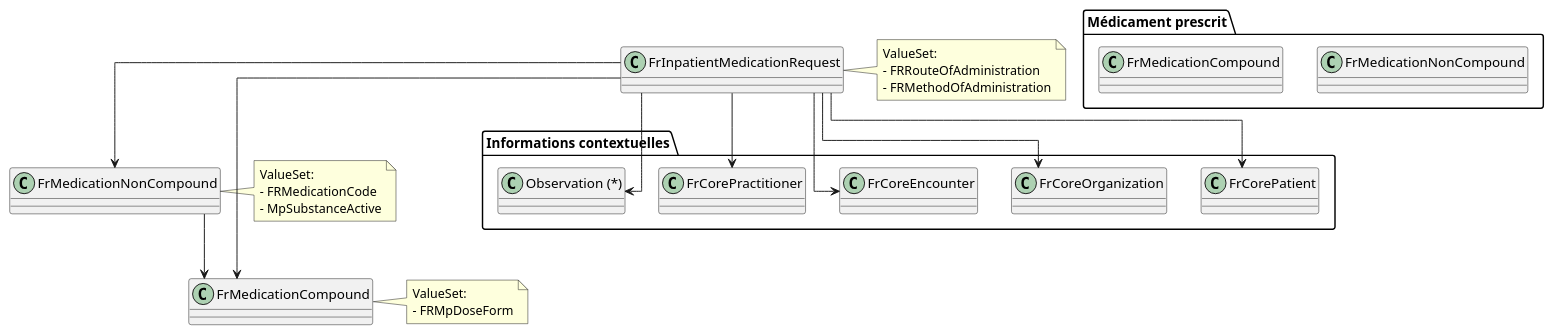
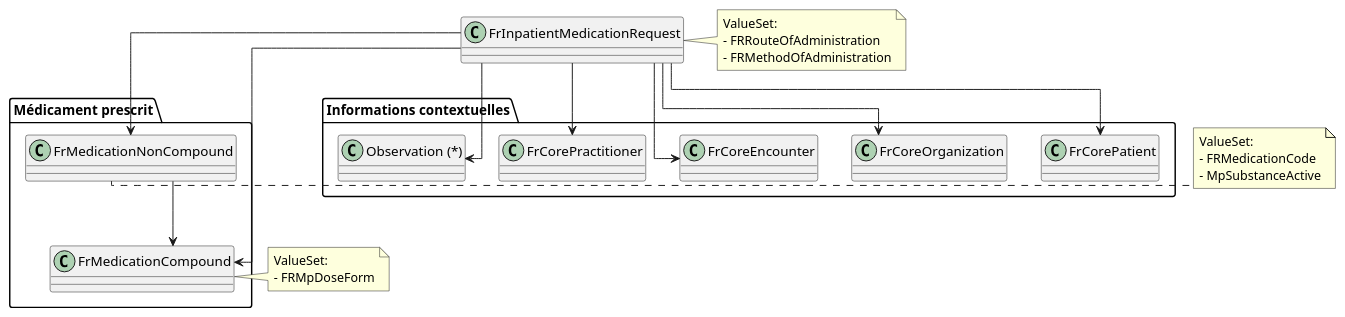
One commit to Interop-Sante/hl7.fhir.fr.medication changed the diagram in input/images-source/prescription.plantuml. Above: the diagram before and after it, drawn with PlantUML.

```diff
--- a/input/images-source/prescription.plantuml
+++ b/input/images-source/prescription.plantuml
@@ -1,59 +1,56 @@
 @startuml
 
 skinparam linetype ortho
 skinparam rectangle {
   BackgroundColor White
   BorderColor Black
 }
 
 ' Contexte
 package "Informations contextuelles" {
   class FrCorePatient [[https://hl7.fr/ig/fhir/core/StructureDefinition/fr-core-patient]]
   class FrCoreOrganization [[https://hl7.fr/ig/fhir/core/StructureDefinition/fr-core-organization]]
   class FrCoreEncounter [[https://hl7.fr/ig/fhir/core/StructureDefinition/fr-core-encounter]]
   class FrCorePractitioner [[https://hl7.fr/ig/fhir/core/StructureDefinition/fr-core-practitioner]]
   class "Observation (*)" as Observation
 }
 
 package "Médicament prescrit" {
   class FrMedicationNonCompound [[./StructureDefinition-fr-medication-noncompound.html]]
   class FrMedicationCompound [[./StructureDefinition-fr-medication-compound.html]]
 }
 
 class "FrInpatientMedicationRequest" [[./StructureDefinition-fr-inpatient-medicationrequest.html]]
 
-
-class "FrMedicationNonCompound"
-class "FrMedicationCompound"
 
 ' Notes pour les ValueSets
 note right of FrInpatientMedicationRequest
   ValueSet:
   - FRRouteOfAdministration
   - FRMethodOfAdministration
 end note
 
 note right of FrMedicationNonCompound
   ValueSet:
   - FRMedicationCode
   - MpSubstanceActive
 end note
 
 note right of FrMedicationCompound
   ValueSet:
   - FRMpDoseForm
 end note
 
 ' Relations principales
 FrInpatientMedicationRequest --> FrCorePatient
 FrInpatientMedicationRequest --> FrCoreOrganization
 FrInpatientMedicationRequest --> FrCoreEncounter
 FrInpatientMedicationRequest --> FrCorePractitioner
 FrInpatientMedicationRequest --> Observation
 
 FrInpatientMedicationRequest --> FrMedicationNonCompound
 FrInpatientMedicationRequest --> FrMedicationCompound
 
 FrMedicationNonCompound --> FrMedicationCompound
 
 @enduml
```
